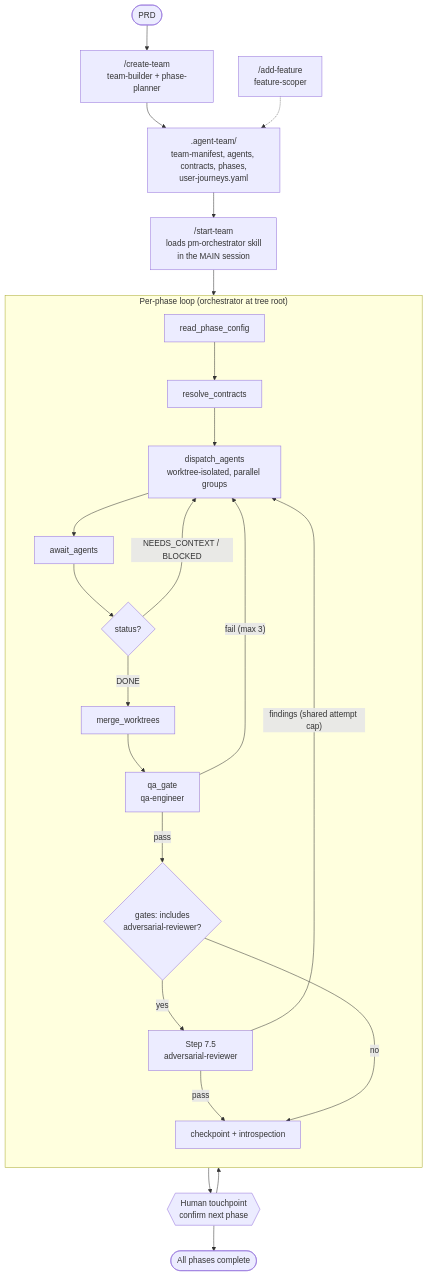
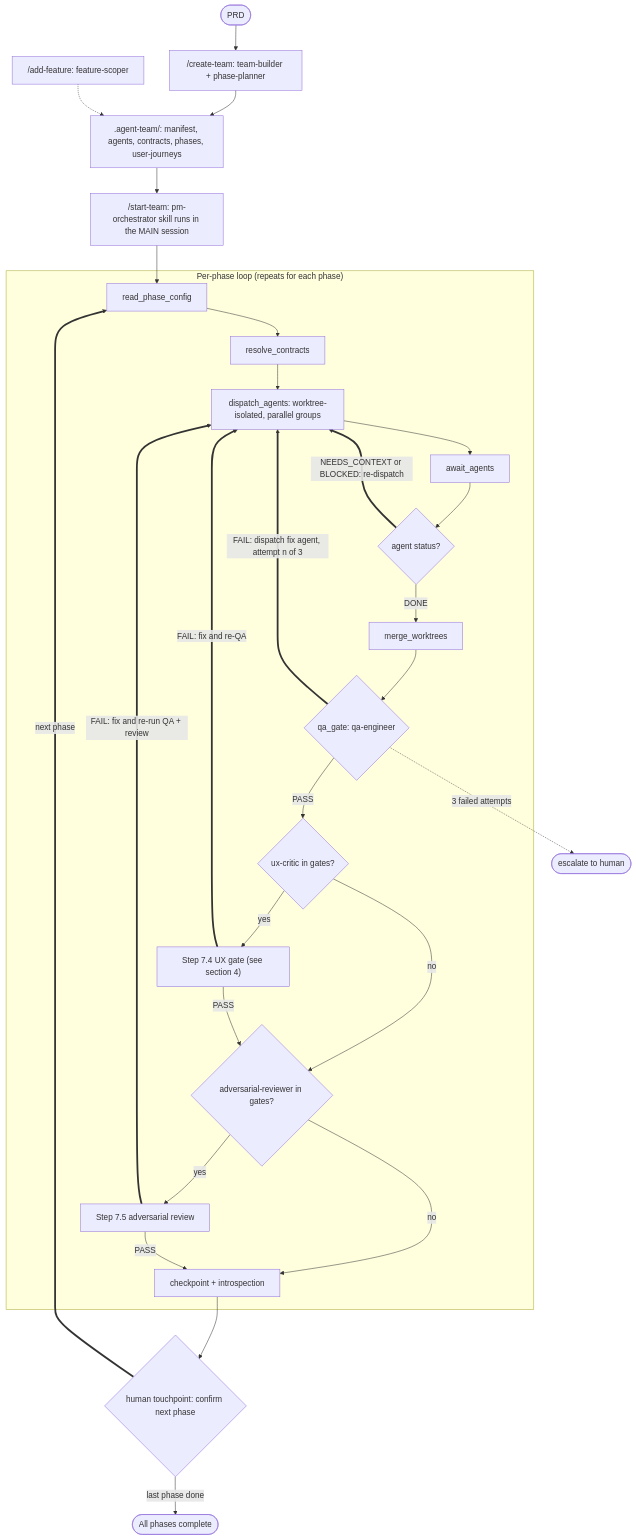
Before and after one commit to jesusr-db/agent_team: the first of 6 diagrams in docs/workflow.md, drawn with Mermaid. The commit also changed other lines of this file, not shown here.

First line of the commit message:
docs: fix workflow diagrams and show iteration loops

````diff
--- a/docs/workflow.md
+++ b/docs/workflow.md
@@ -7,30 +7,33 @@
 ```mermaid
 flowchart TD
-    PRD([PRD]) --> CT["/create-team<br/>team-builder + phase-planner"]
-    CT --> CFG[".agent-team/<br/>team-manifest, agents, contracts, phases,<br/>user-journeys.yaml"]
-    CFG --> ST["/start-team<br/>loads pm-orchestrator skill<br/>in the MAIN session"]
-    ST --> LOOP
+    PRD(["PRD"]) --> CT["/create-team: team-builder + phase-planner"]
+    CT --> CFG[".agent-team/: manifest, agents, contracts, phases, user-journeys"]
+    CFG --> ST["/start-team: pm-orchestrator skill runs in the MAIN session"]
+    ADD["/add-feature: feature-scoper"] -.-> CFG
+    ST --> S1
 
-    subgraph LOOP["Per-phase loop (orchestrator at tree root)"]
-        direction TB
-        S1[read_phase_config] --> S2[resolve_contracts]
-        S2 --> S3["dispatch_agents<br/>worktree-isolated, parallel groups"]
-        S3 --> S4[await_agents]
-        S4 --> S5{status?}
-        S5 -- "NEEDS_CONTEXT / BLOCKED" --> S3
-        S5 -- "DONE" --> S6[merge_worktrees]
-        S6 --> S7["qa_gate<br/>qa-engineer"]
-        S7 -- "fail (max 3)" --> S3
-        S7 -- pass --> G{"gates: includes<br/>adversarial-reviewer?"}
-        G -- yes --> S75["Step 7.5<br/>adversarial-reviewer"]
-        S75 -- "findings (shared attempt cap)" --> S3
-        S75 -- pass --> CP
-        G -- no --> CP[checkpoint + introspection]
+    subgraph PHASE["Per-phase loop (repeats for each phase)"]
+        S1["read_phase_config"] --> S2["resolve_contracts"]
+        S2 --> S3["dispatch_agents: worktree-isolated, parallel groups"]
+        S3 --> S4["await_agents"]
+        S4 --> S5{"agent status?"}
+        S5 ==>|"NEEDS_CONTEXT or BLOCKED: re-dispatch"| S3
+        S5 -->|"DONE"| S6["merge_worktrees"]
+        S6 --> S7{"qa_gate: qa-engineer"}
+        S7 ==>|"FAIL: dispatch fix agent, attempt n of 3"| S3
+        S7 -->|"PASS"| S74{"ux-critic in gates?"}
+        S74 -->|"yes"| UXG["Step 7.4 UX gate (see section 4)"]
+        S74 -->|"no"| S75
+        UXG ==>|"FAIL: fix and re-QA"| S3
+        UXG -->|"PASS"| S75{"adversarial-reviewer in gates?"}
+        S75 -->|"yes"| ADV["Step 7.5 adversarial review"]
+        S75 -->|"no"| CP
+        ADV ==>|"FAIL: fix and re-run QA + review"| S3
+        ADV -->|"PASS"| CP["checkpoint + introspection"]
     end
 
-    CP --> HT{{"Human touchpoint<br/>confirm next phase"}}
-    HT --> LOOP
-    HT --> DONE([All phases complete])
-
-    ADD["/add-feature<br/>feature-scoper"] -.-> CFG
+    CP --> HT{"human touchpoint: confirm next phase"}
+    HT ==>|"next phase"| S1
+    HT -->|"last phase done"| DONE(["All phases complete"])
+    S7 -.->|"3 failed attempts"| ESC(["escalate to human"])
 ```
````
